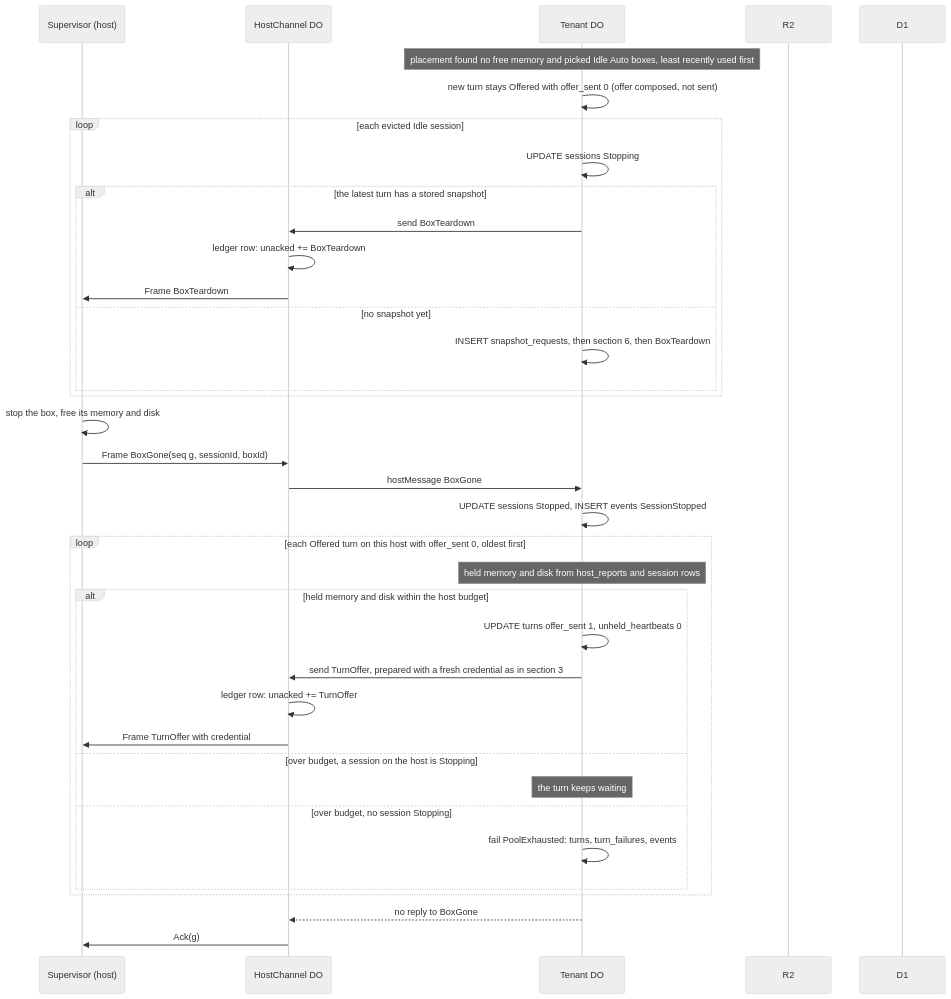
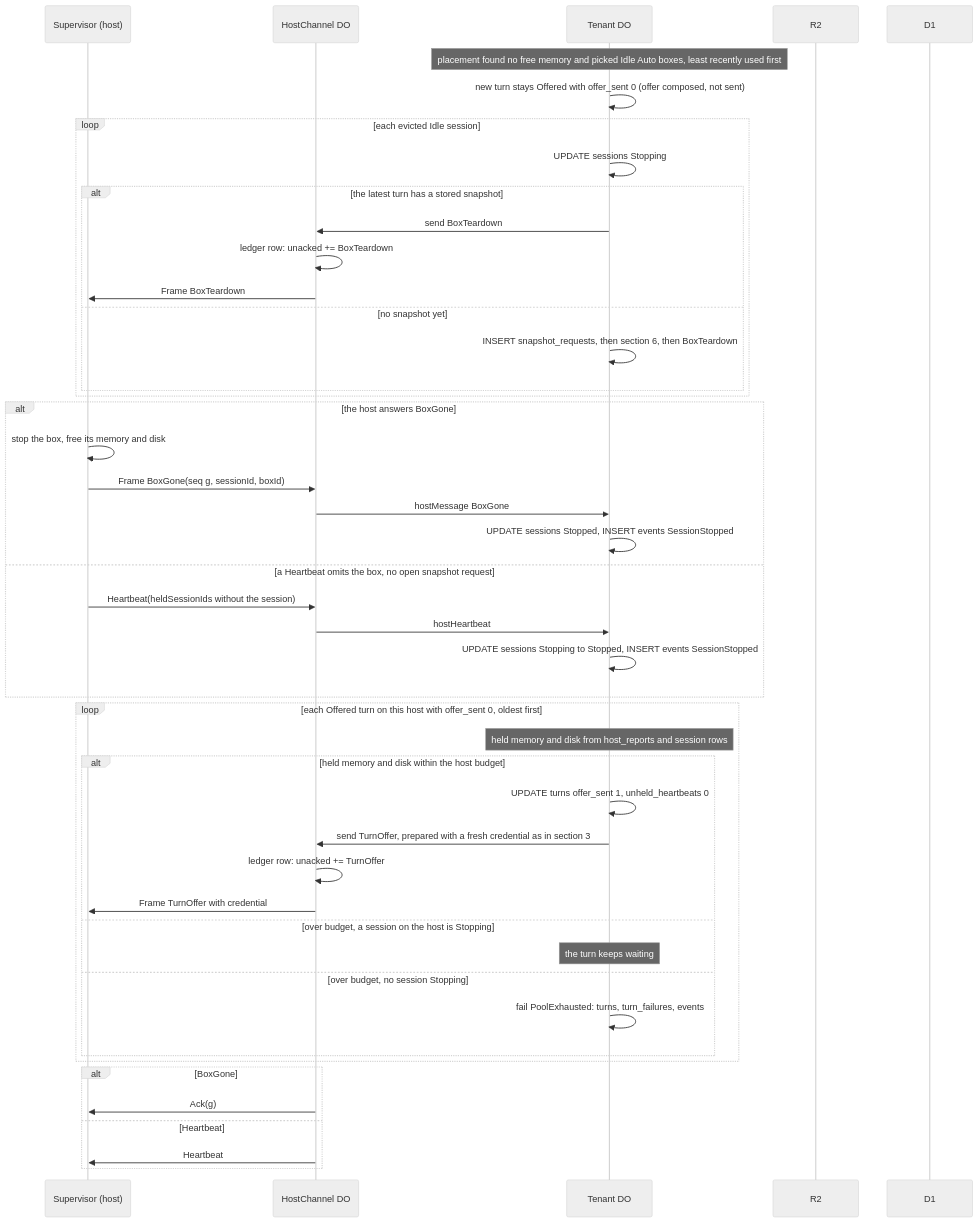
The seventh of 11 diagrams in doc/RFC/RFC-TUM-HostSequences.md (tumpel/protocol), drawn with Mermaid (neutral theme) before and after one commit. The commit also changed other lines of this file, not shown here.

Commit message:
docs(rfc): settle a stopping box on the heartbeat that omits it

````diff
--- a/doc/RFC/RFC-TUM-HostSequences.md
+++ b/doc/RFC/RFC-TUM-HostSequences.md
@@ -312,39 +313,48 @@
 ```mermaid
 sequenceDiagram
   participant S as Supervisor (host)
   participant H as HostChannel DO
   participant T as Tenant DO
   participant R as R2
   participant D as D1
   Note over T: placement found no free memory and picked Idle Auto boxes, least recently used first
   T->>T: new turn stays Offered with offer_sent 0 (offer composed, not sent)
   loop each evicted Idle session
     T->>T: UPDATE sessions Stopping
     alt the latest turn has a stored snapshot
       T->>H: send BoxTeardown
       H->>H: ledger row: unacked += BoxTeardown
       H->>S: Frame BoxTeardown
     else no snapshot yet
       T->>T: INSERT snapshot_requests, then section 6, then BoxTeardown
     end
   end
-  S->>S: stop the box, free its memory and disk
-  S->>H: Frame BoxGone(seq g, sessionId, boxId)
-  H->>T: hostMessage BoxGone
-  T->>T: UPDATE sessions Stopped, INSERT events SessionStopped
+  alt the host answers BoxGone
+    S->>S: stop the box, free its memory and disk
+    S->>H: Frame BoxGone(seq g, sessionId, boxId)
+    H->>T: hostMessage BoxGone
+    T->>T: UPDATE sessions Stopped, INSERT events SessionStopped
+  else a Heartbeat omits the box, no open snapshot request
+    S->>H: Heartbeat(heldSessionIds without the session)
+    H->>T: hostHeartbeat
+    T->>T: UPDATE sessions Stopping to Stopped, INSERT events SessionStopped
+  end
   loop each Offered turn on this host with offer_sent 0, oldest first
     Note over T: held memory and disk from host_reports and session rows
     alt held memory and disk within the host budget
       T->>T: UPDATE turns offer_sent 1, unheld_heartbeats 0
       T->>H: send TurnOffer, prepared with a fresh credential as in section 3
       H->>H: ledger row: unacked += TurnOffer
       H->>S: Frame TurnOffer with credential
     else over budget, a session on the host is Stopping
       Note over T: the turn keeps waiting
     else over budget, no session Stopping
       T->>T: fail PoolExhausted: turns, turn_failures, events
     end
   end
-  T-->>H: no reply to BoxGone
-  H->>S: Ack(g)
+  alt BoxGone
+    H->>S: Ack(g)
+  else Heartbeat
+    H->>S: Heartbeat
+  end
 ```
````
